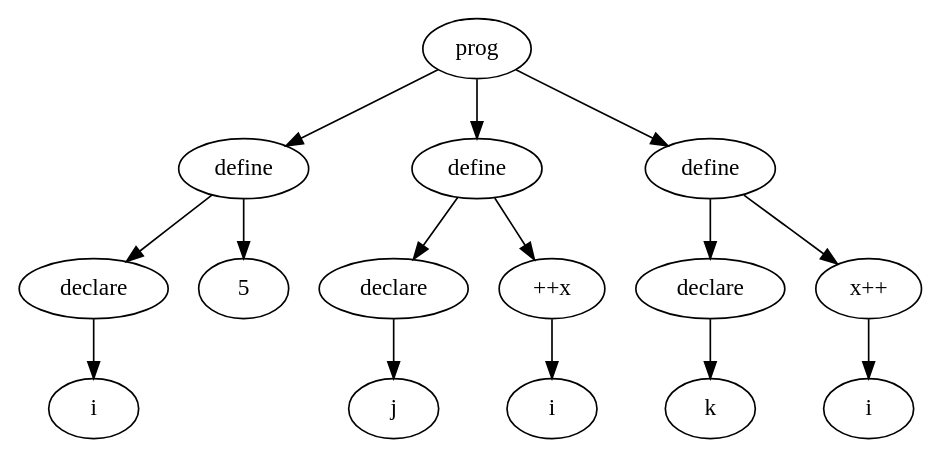
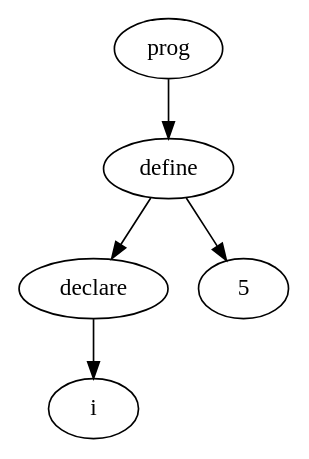
Before and after one commit to sampieters/compiler: the diagram in AST_OPT.dot, drawn with Graphviz. The commit also changed 16 other files, not shown here.

```diff
--- a/AST_OPT.dot
+++ b/AST_OPT.dot
@@ -1,31 +1,11 @@
 digraph AST {
 	node0[label="prog"]
 	node1[label="define"]
 	node0->node1
 	node2[label="declare"]
 	node1->node2
 	node3[label="i"]
 	node2->node3
 	node4[label="5"]
 	node1->node4
-	node5[label="define"]
-	node0->node5
-	node6[label="declare"]
-	node5->node6
-	node7[label="j"]
-	node6->node7
-	node8[label="++x"]
-	node5->node8
-	node9[label="i"]
-	node8->node9
-	node10[label="define"]
-	node0->node10
-	node11[label="declare"]
-	node10->node11
-	node12[label="k"]
-	node11->node12
-	node13[label="x++"]
-	node10->node13
-	node14[label="i"]
-	node13->node14
 }
```
